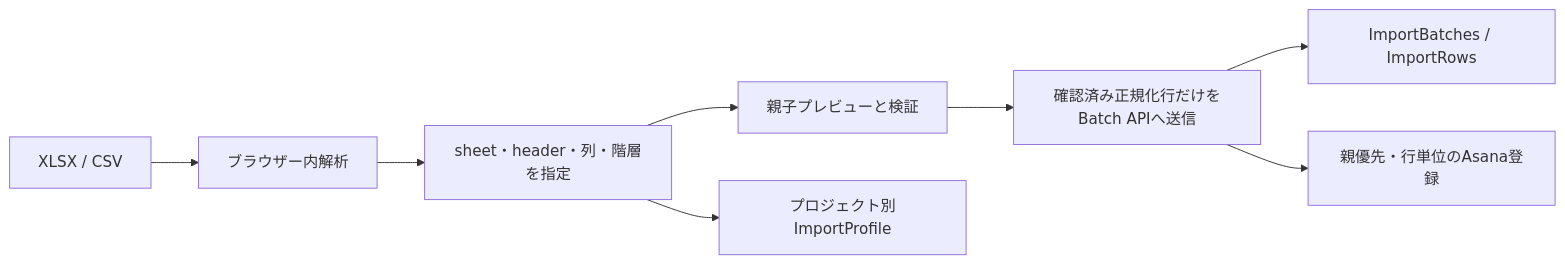
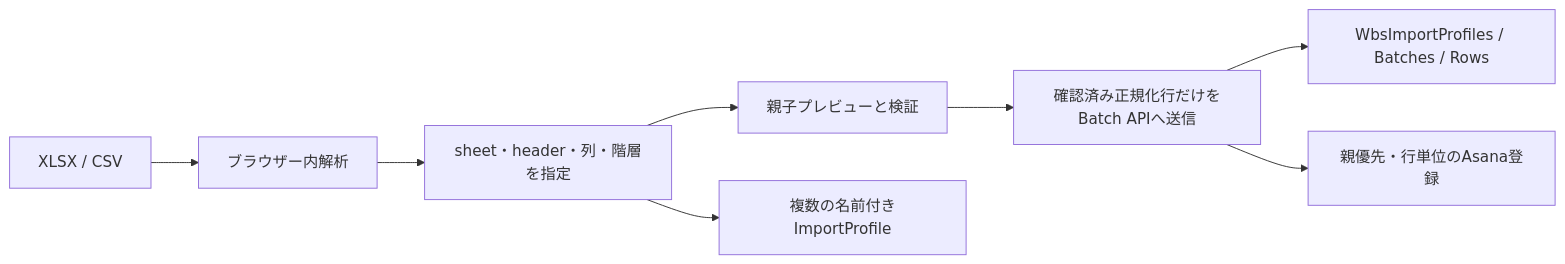
One commit to onishichimaki/Asana_App changed the third of 3 diagrams in ARCHITECTURE.md. Above: the diagram before and after it, drawn with Mermaid. The commit also changed other lines of this file and 32 other files, not shown here.

Commit message:
feat: add flexible WBS import (#6)

````diff
--- a/ARCHITECTURE.md
+++ b/ARCHITECTURE.md
@@ -81,10 +99,10 @@
 ```mermaid
 flowchart LR
     File["XLSX / CSV"] --> Parse["ブラウザー内解析"]
     Parse --> Mapping["sheet・header・列・階層を指定"]
     Mapping --> Preview["親子プレビューと検証"]
     Preview --> Batch["確認済み正規化行だけをBatch APIへ送信"]
-    Batch --> Db2["ImportBatches / ImportRows"]
+    Batch --> Db2["WbsImportProfiles / Batches / Rows"]
     Batch --> Asana2["親優先・行単位のAsana登録"]
-    Mapping --> Profile["プロジェクト別ImportProfile"]
+    Mapping --> Profile["複数の名前付きImportProfile"]
 ```
````
